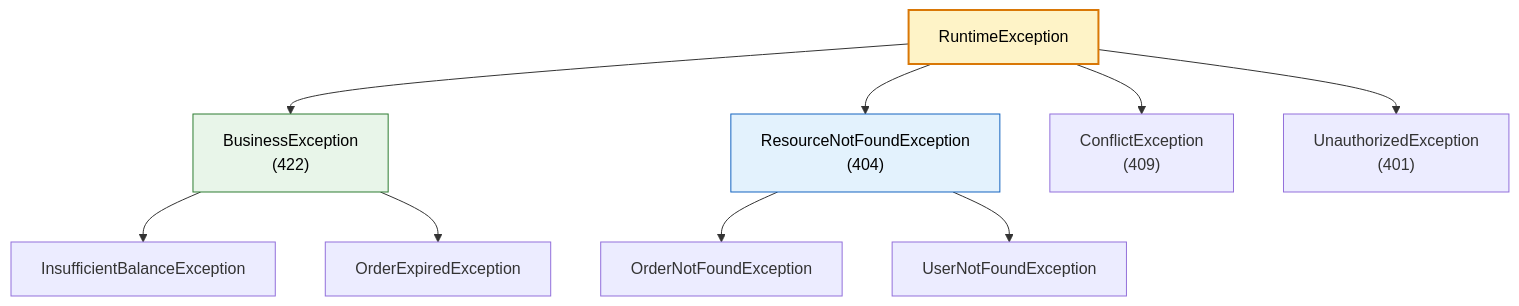
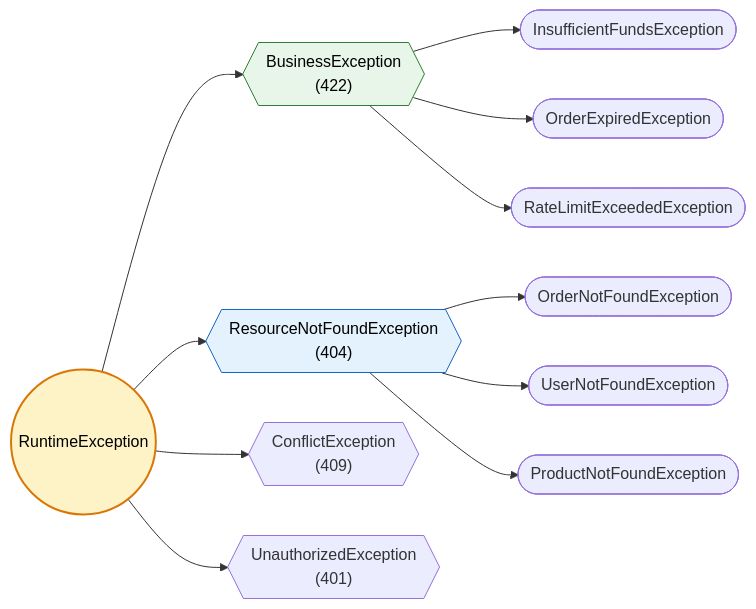
One commit to saivamsikaruturi/vamsilabs-dev-notes-main changed the second of 2 diagrams in docs/springboot/exceptionhandling.md. Above: the diagram before and after it, drawn with Mermaid. The commit also changed other lines of this file and 146 other files, not shown here.

Commit message:
Horizontal diagrams, UML class diagrams, typography overhaul, and permalink cleanup

````diff
--- a/docs/springboot/exceptionhandling.md
+++ b/docs/springboot/exceptionhandling.md
@@ -239,17 +68,19 @@
 ```mermaid
-flowchart TD
-    RE["RuntimeException"]
-    RE --> BizEx["BusinessException<br/>(422)"]
-    RE --> NotFound["ResourceNotFoundException<br/>(404)"]
-    RE --> Conflict["ConflictException<br/>(409)"]
-    RE --> Auth["UnauthorizedException<br/>(401)"]
+flowchart LR
+    RE(("RuntimeException"))
+    RE --> BizEx{{"BusinessException<br/>(422)"}}
+    RE --> NotFound{{"ResourceNotFoundException<br/>(404)"}}
+    RE --> Conflict{{"ConflictException<br/>(409)"}}
+    RE --> Auth{{"UnauthorizedException<br/>(401)"}}
     
-    BizEx --> Insuff["InsufficientBalanceException"]
-    BizEx --> Expired["OrderExpiredException"]
-    NotFound --> ONF["OrderNotFoundException"]
-    NotFound --> UNF["UserNotFoundException"]
+    BizEx --> Insuff(["InsufficientFundsException"])
+    BizEx --> Expired(["OrderExpiredException"])
+    BizEx --> Limit(["RateLimitExceededException"])
+    NotFound --> ONF(["OrderNotFoundException"])
+    NotFound --> UNF(["UserNotFoundException"])
+    NotFound --> PNF(["ProductNotFoundException"])
 
     style RE fill:#FEF3C7,stroke:#D97706,stroke-width:2px,color:#000
     style BizEx fill:#E8F5E9,stroke:#2E7D32,color:#000
     style NotFound fill:#E3F2FD,stroke:#1565C0,color:#000
 ```
````
